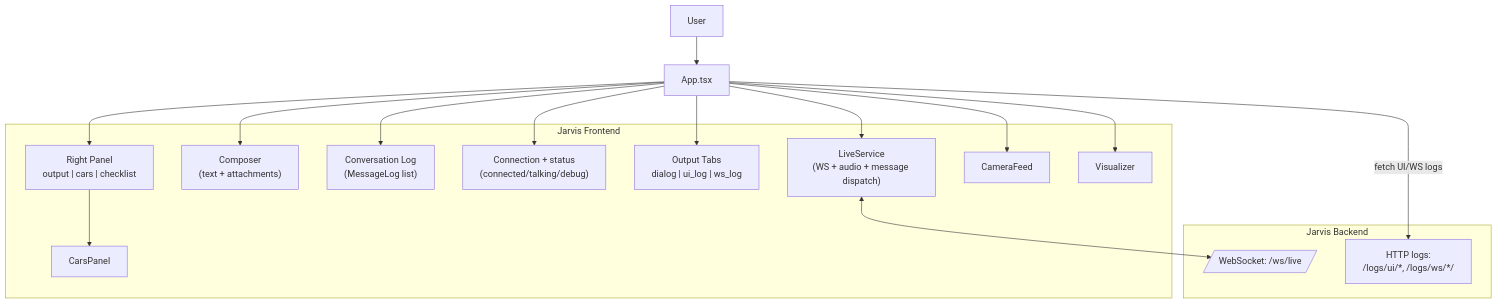
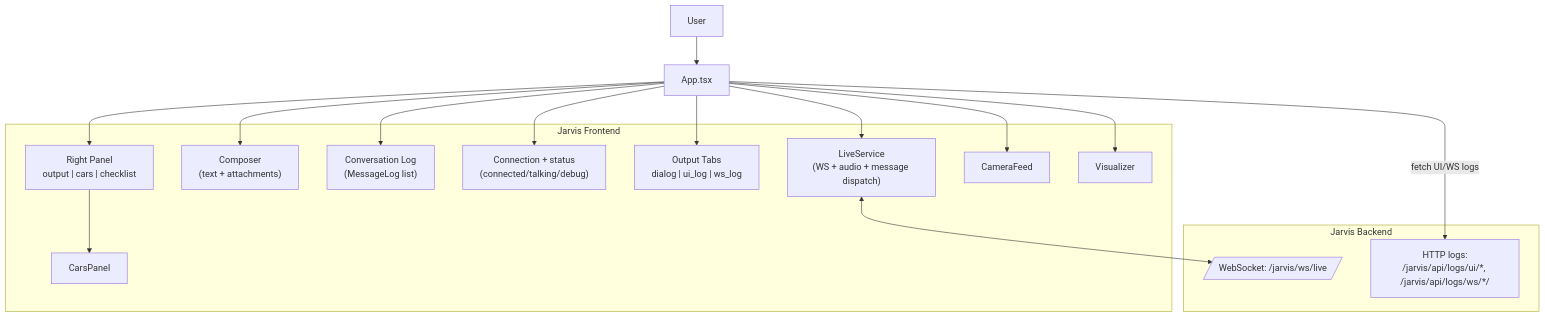
One commit to tonezzz/chaba changed the diagram in services/assistance/docs/UI.md. Above: the diagram before and after it, drawn with Mermaid. The commit also changed other lines of this file and 15 other files, not shown here.

Commit message:
docs: update routes/sequences; remove obsolete google tasks/calendar/reminders references

````diff
--- a/services/assistance/docs/UI.md
+++ b/services/assistance/docs/UI.md
@@ -13,36 +13,36 @@
 ```mermaid
 flowchart TB
   U[User]
   App[App.tsx]
 
   subgraph FE[Jarvis Frontend]
     Live["LiveService<br/>(WS + audio + message dispatch)"]
     Composer["Composer<br/>(text + attachments)"]
     Log["Conversation Log<br/>(MessageLog list)"]
     Status["Connection + status<br/>(connected/talking/debug)"]
     Tabs["Output Tabs<br/>dialog | ui_log | ws_log"]
     Right["Right Panel<br/>output | cars | checklist"]
     Cam[CameraFeed]
     Viz[Visualizer]
     Cars[CarsPanel]
   end
 
   subgraph BE[Jarvis Backend]
-    WS[/WebSocket: /ws/live/]
-    Logs["HTTP logs:<br/>/logs/ui/*, /logs/ws/*/"]
+    WS[/WebSocket: /jarvis/ws/live/]
+    Logs["HTTP logs:<br/>/jarvis/api/logs/ui/*, /jarvis/api/logs/ws/*/"]
   end
 
   U --> App
   App --> Status
   App --> Log
   App --> Tabs
   App --> Right
   App --> Composer
   App --> Cam
   App --> Viz
   Right --> Cars
 
   App --> Live
   Live <--> WS
   App -->|fetch UI/WS logs| Logs
 ```
````
